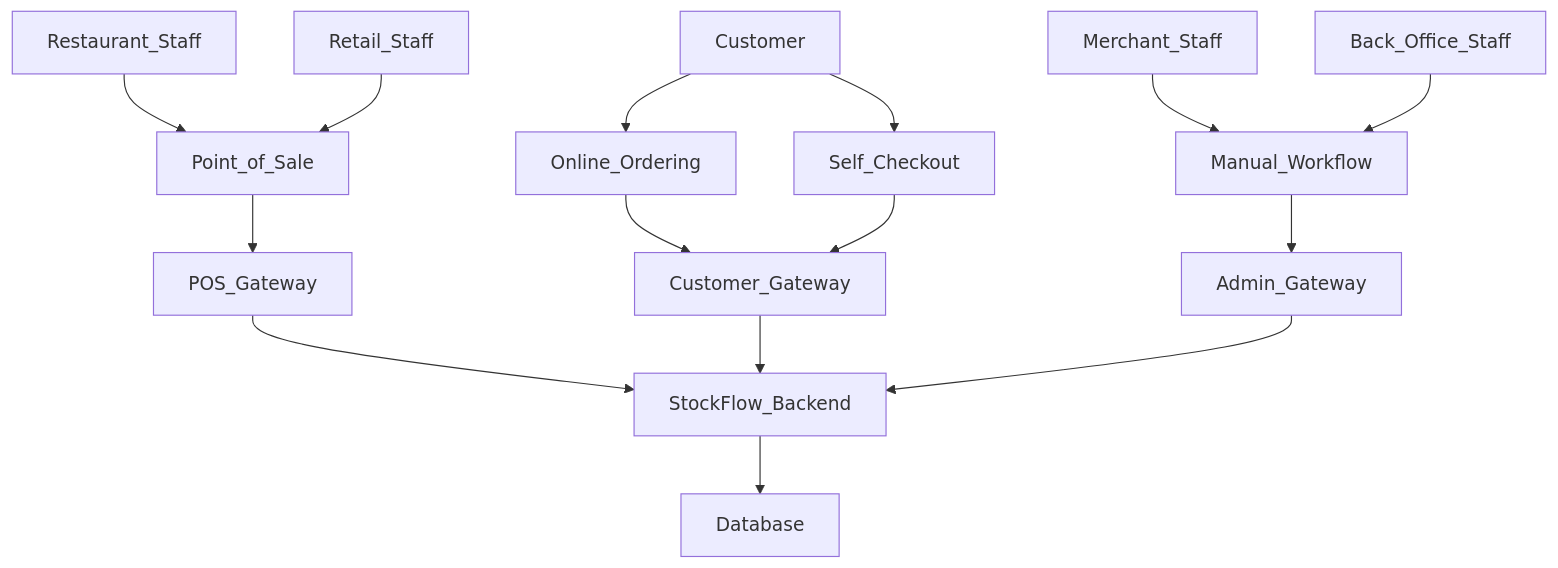
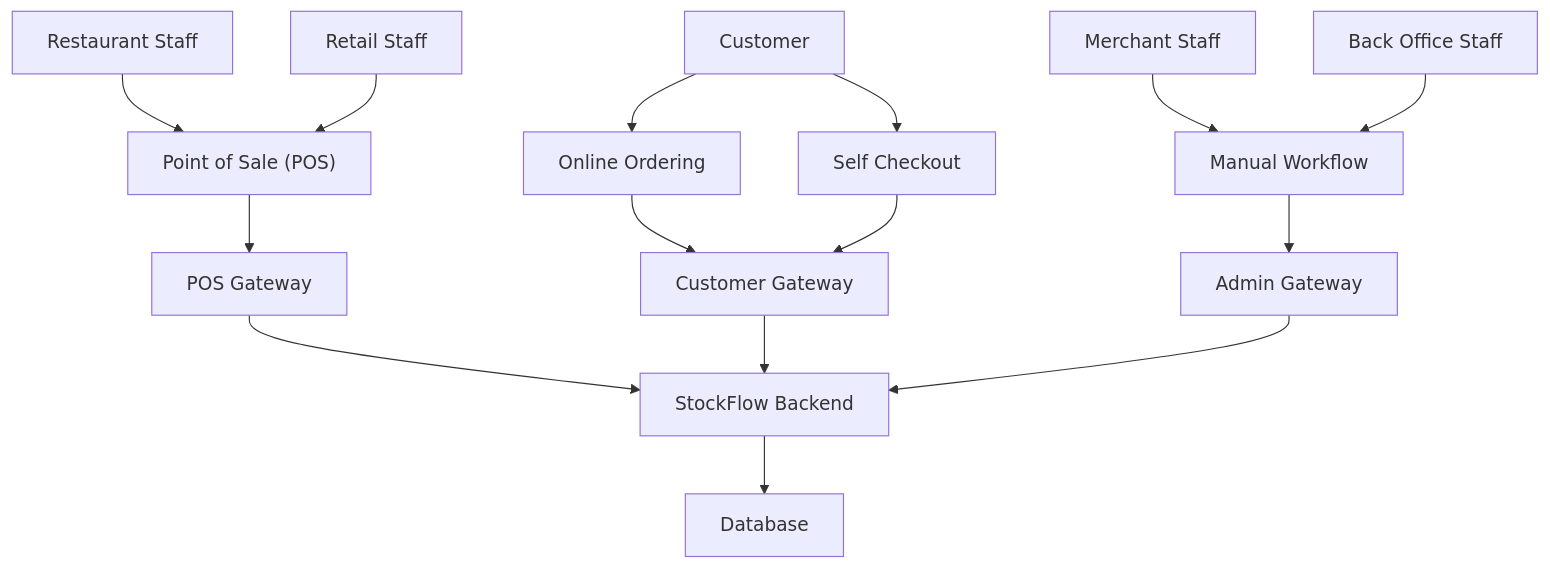
The diagram in README.md (va4815/stockflow-docs), drawn with Mermaid before and after one commit.

Commit message:
docs: updated architecture flowchart

````diff
--- a/README.md
+++ b/README.md
@@ -22,19 +22,19 @@
 ```mermaid
   flowchart TD;
-    Restaurant_Staff --> Point_of_Sale;
-    Retail_Staff --> Point_of_Sale;
-    Customer --> Online_Ordering;
-    Customer --> Self_Checkout;
-    Merchant_Staff --> Manual_Workflow;
-    Back_Office_Staff --> Manual_Workflow;
+    Restaurant_Staff[Restaurant Staff] --> Point_of_Sale["Point of Sale (POS)"];
+    Retail_Staff[Retail Staff] --> Point_of_Sale;
+    Customer[Customer] --> Online_Ordering[Online Ordering];
+    Customer --> Self_Checkout[Self Checkout];
+    Merchant_Staff[Merchant Staff] --> Manual_Workflow[Manual Workflow];
+    Back_Office_Staff[Back Office Staff] --> Manual_Workflow;
 
-    Point_of_Sale --> POS_Gateway;
-    Online_Ordering --> Customer_Gateway;
+    Point_of_Sale --> POS_Gateway[POS Gateway];
+    Online_Ordering --> Customer_Gateway[Customer Gateway];
     Self_Checkout --> Customer_Gateway;
-    Manual_Workflow --> Admin_Gateway;
+    Manual_Workflow --> Admin_Gateway[Admin Gateway];
 
-    POS_Gateway --> StockFlow_Backend;
+    POS_Gateway --> StockFlow_Backend[StockFlow Backend];
     Customer_Gateway --> StockFlow_Backend;
     Admin_Gateway --> StockFlow_Backend;
     StockFlow_Backend --> Database;
 ```
````
